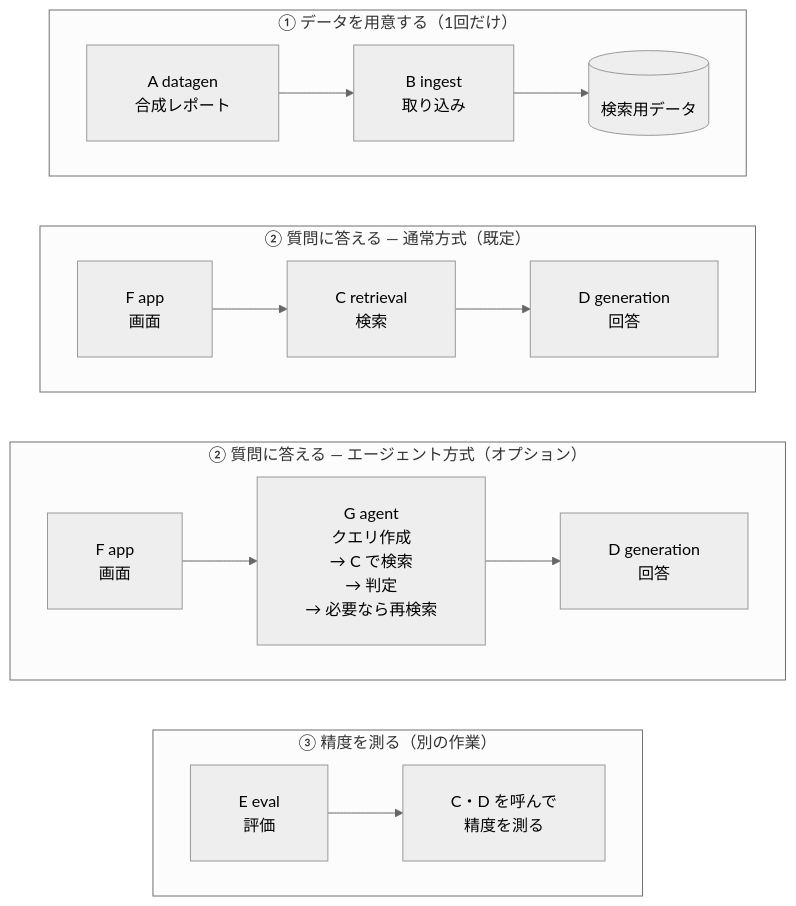
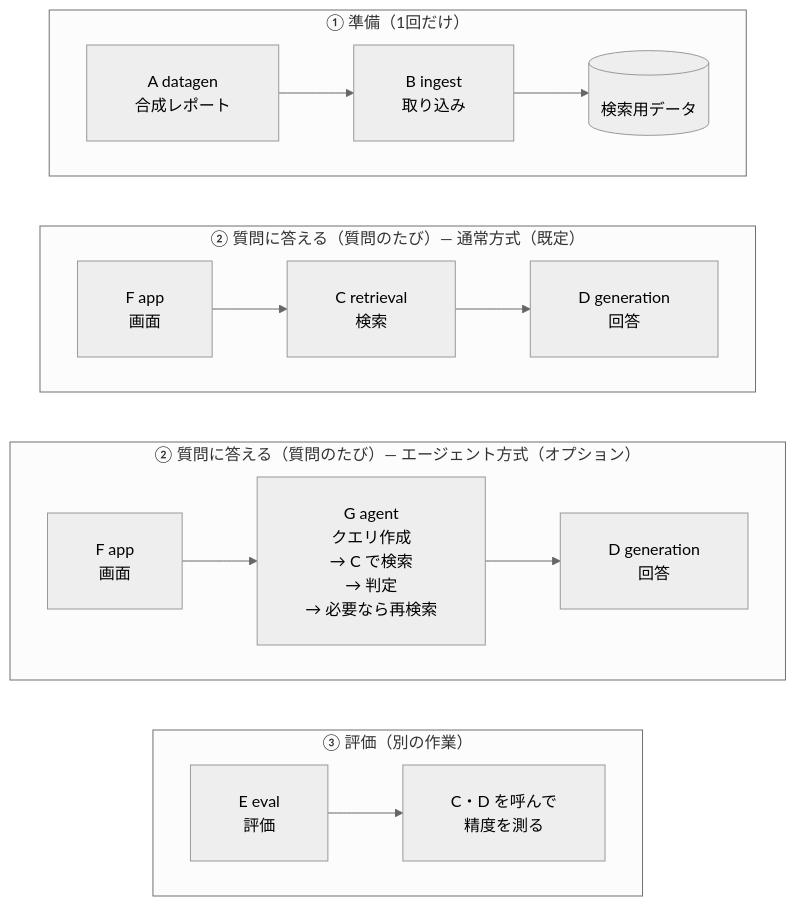
The first of 3 diagrams in README_ja.md (satoshi-abe-dev/silo-rag), drawn with Mermaid (neutral theme) before and after one commit. The commit also changed other lines of this file and 1 other file, not shown here.

Commit message:
Keep titles 1 and 3 as they were; give title 2 both what and when
Title 2 now says what it does (answer a question) and when it runs (every
question), in the same shape as 'Preparation (once)' and 'Evaluation
(separate task)'.

````diff
--- a/README_ja.md
+++ b/README_ja.md
@@ -125,23 +125,23 @@
 ```mermaid
 %%{init: {"flowchart": {"padding": 24, "wrappingWidth": 400}}}%%
 graph TB
-    subgraph prep["① データを用意する（1回だけ）"]
+    subgraph prep["① 準備（1回だけ）"]
         direction LR
         A["A datagen<br/>合成レポート"] --> B["B ingest<br/>取り込み"] --> DB[("検索用データ")]
     end
-    subgraph plain["② 質問に答える ― 通常方式（既定）"]
+    subgraph plain["② 質問に答える（質問のたび）― 通常方式（既定）"]
         direction LR
         F1["F app<br/>画面"] --> C1["C retrieval<br/>検索"] --> D1["D generation<br/>回答"]
     end
-    subgraph agent["② 質問に答える ― エージェント方式（オプション）"]
+    subgraph agent["② 質問に答える（質問のたび）― エージェント方式（オプション）"]
         direction LR
         F2["F app<br/>画面"] --> G["G agent<br/>クエリ作成<br/>→ C で検索<br/>→ 判定<br/>→ 必要なら再検索"] --> D2["D generation<br/>回答"]
     end
-    subgraph ev["③ 精度を測る（別の作業）"]
+    subgraph ev["③ 評価（別の作業）"]
         direction LR
         E["E eval<br/>評価"] --> CD["C・D を呼んで<br/>精度を測る"]
     end
     prep ~~~ plain
     plain ~~~ agent
     agent ~~~ ev
 ```
````
